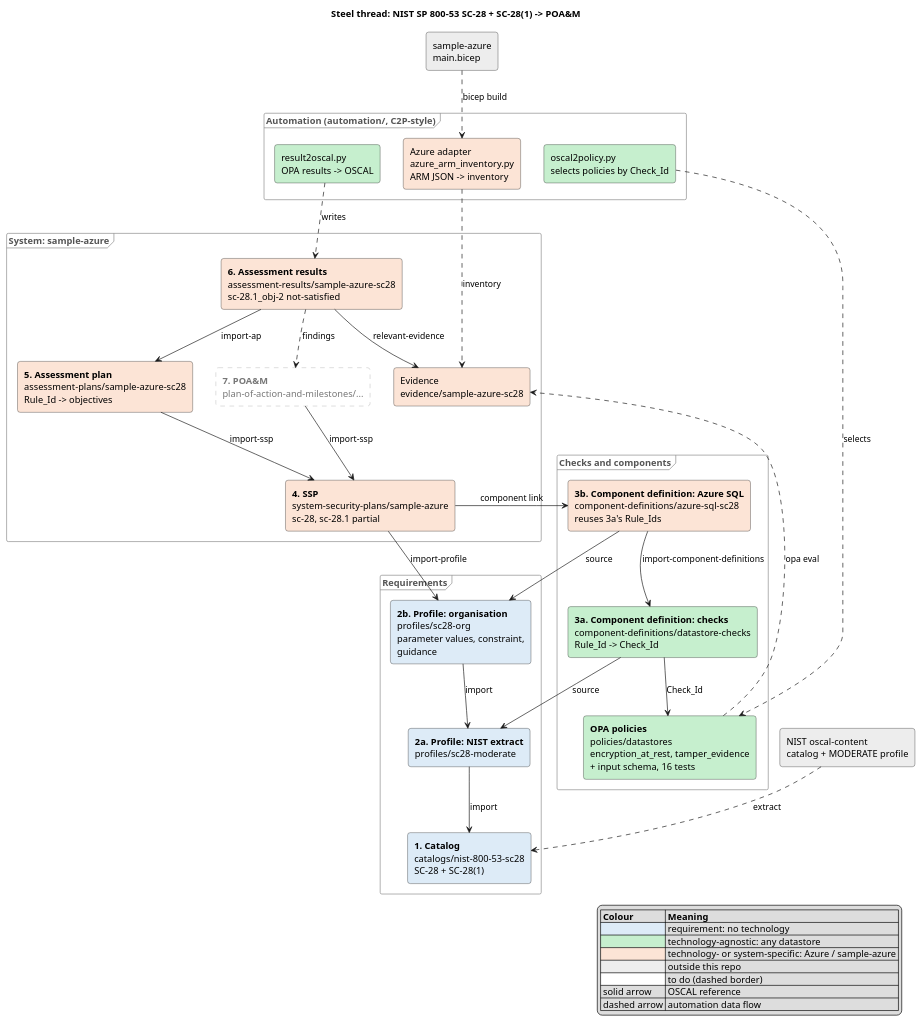
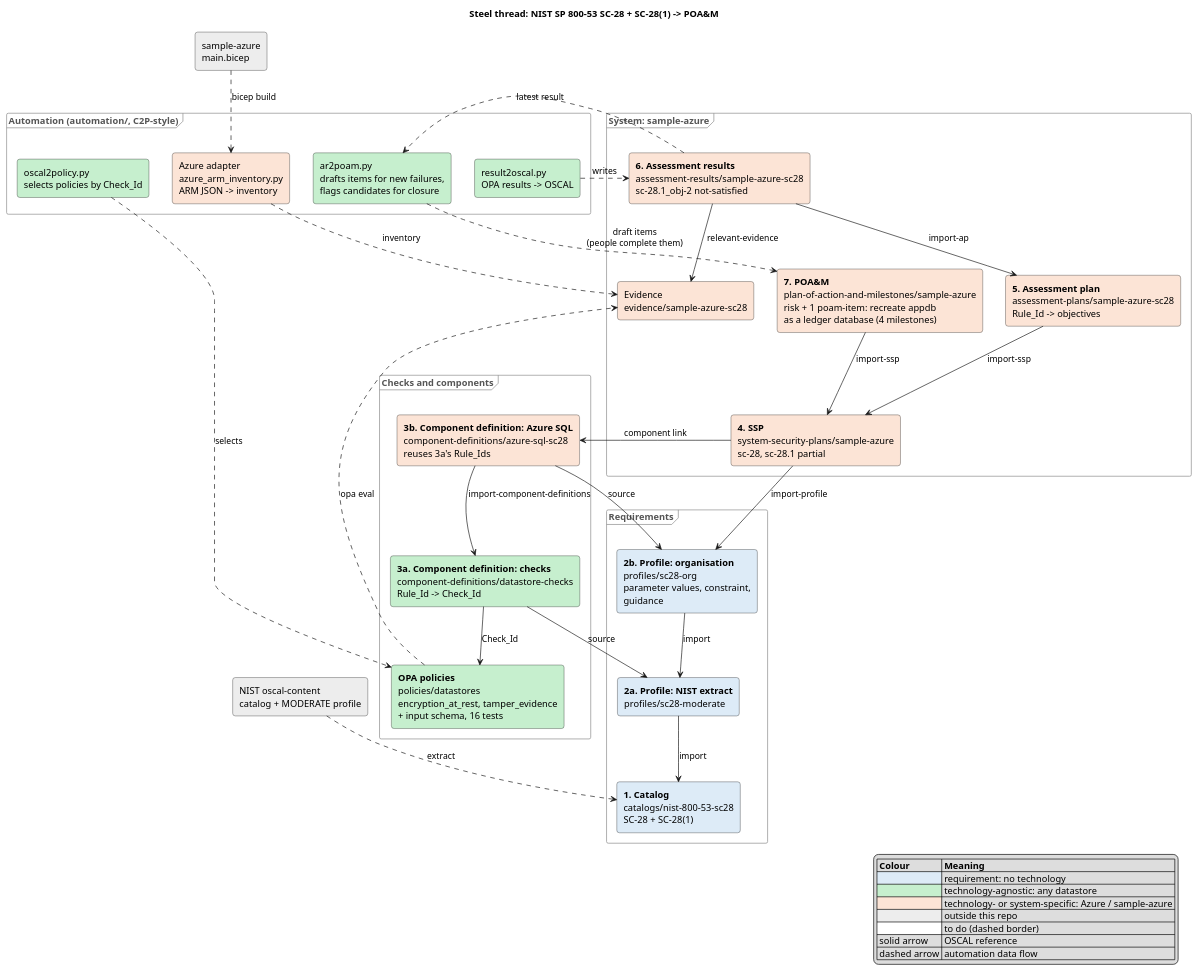
The diagram in diagrams/steel-thread.puml (wolffy-au/frictionless-sample-oscal), drawn with PlantUML before and after one commit. The commit also changed 3 other files, not shown here.

First line of the commit message:
Add ar2poam.py: keep the POA&M in step with assessment results

```diff
--- a/diagrams/steel-thread.puml
+++ b/diagrams/steel-thread.puml
@@ -1,88 +1,90 @@
 @startuml steel-thread
 ' Overview of the SC-28 / SC-28(1) steel thread.
 ' Fill colour = how technology-specific a box is; frames = role.
 ' Solid arrows are OSCAL references (the field named on the arrow);
 ' dashed arrows are automation data flow.
 ' Boxes not implemented yet use <<todo>> (white, grey dashed border).
 ' Commit status is not shown: see git.
 title Steel thread: NIST SP 800-53 SC-28 + SC-28(1) -> POA&M
 hide stereotype
 skinparam rectangle {
   RoundCorner 8
   BackgroundColor<<requirement>> #DDEBF7
   BackgroundColor<<agnostic>> #C6EFCE
   BackgroundColor<<specific>> #FCE4D6
   BackgroundColor<<external>> #EDEDED
   BackgroundColor<<todo>> #FFFFFF
   BorderColor<<todo>> #999999
   BorderStyle<<todo>> dashed
   FontColor<<todo>> #777777
 }
 skinparam frame {
   BorderColor #888888
   FontColor #555555
 }
 
 legend right
   |= Colour |= Meaning |
   |<#DDEBF7>| requirement: no technology |
   |<#C6EFCE>| technology-agnostic: any datastore |
   |<#FCE4D6>| technology- or system-specific: Azure / sample-azure |
   |<#EDEDED>| outside this repo |
   |<#FFFFFF>| to do (dashed border) |
   | solid arrow | OSCAL reference |
   | dashed arrow | automation data flow |
 endlegend
 
 frame "Requirements" {
   rectangle "**1. Catalog**\ncatalogs/nist-800-53-sc28\nSC-28 + SC-28(1)" as cat <<requirement>>
   rectangle "**2a. Profile: NIST extract**\nprofiles/sc28-moderate" as prof <<requirement>>
   rectangle "**2b. Profile: organisation**\nprofiles/sc28-org\nparameter values, constraint,\nguidance" as org <<requirement>>
 }
 
 frame "Checks and components" {
   rectangle "**3a. Component definition: checks**\ncomponent-definitions/datastore-checks\nRule_Id -> Check_Id" as cdx <<agnostic>>
   rectangle "**OPA policies**\npolicies/datastores\nencryption_at_rest, tamper_evidence\n+ input schema, 16 tests" as opa <<agnostic>>
   rectangle "**3b. Component definition: Azure SQL**\ncomponent-definitions/azure-sql-sc28\nreuses 3a's Rule_Ids" as cd <<specific>>
 }
 
 frame "System: sample-azure" {
   rectangle "**4. SSP**\nsystem-security-plans/sample-azure\nsc-28, sc-28.1 partial" as ssp <<specific>>
   rectangle "**5. Assessment plan**\nassessment-plans/sample-azure-sc28\nRule_Id -> objectives" as ap <<specific>>
   rectangle "**6. Assessment results**\nassessment-results/sample-azure-sc28\nsc-28.1_obj-2 not-satisfied" as ar <<specific>>
-  rectangle "**7. POA&M**\nplan-of-action-and-milestones/..." as poam <<todo>>
+  rectangle "**7. POA&M**\nplan-of-action-and-milestones/sample-azure\nrisk + 1 poam-item: recreate appdb\nas a ledger database (4 milestones)" as poam <<specific>>
   rectangle "Evidence\nevidence/sample-azure-sc28" as ev <<specific>>
 }
 
 frame "Automation (automation/, C2P-style)" {
   rectangle "Azure adapter\nazure_arm_inventory.py\nARM JSON -> inventory" as adapter <<specific>>
   rectangle "oscal2policy.py\nselects policies by Check_Id" as o2p <<agnostic>>
   rectangle "result2oscal.py\nOPA results -> OSCAL" as conv <<agnostic>>
+  rectangle "ar2poam.py\ndrafts items for new failures,\nflags candidates for closure" as a2p <<agnostic>>
 }
 
 rectangle "NIST oscal-content\ncatalog + MODERATE profile" as nist <<external>>
 rectangle "sample-azure\nmain.bicep" as bicep <<external>>
 
 ' ---- OSCAL references ----
 nist ..> cat : extract
 prof --> cat : import
 org --> prof : import
 cdx --> prof : source
 cd --> org : source
 cd --> cdx : import-component-definitions
 ssp --> org : import-profile
 ssp --> cd : component link
 ap --> ssp : import-ssp
 ar --> ap : import-ap
 ar --> ev : relevant-evidence
 poam --> ssp : import-ssp
 cdx --> opa : Check_Id
 
 ' ---- automation data flow ----
 bicep ..> adapter : bicep build
 adapter ..> ev : inventory
 o2p ..> opa : selects
 opa ..> ev : opa eval
 conv ..> ar : writes
-ar ..> poam : findings
+ar ..> a2p : latest result
+a2p ..> poam : draft items\n(people complete them)
 @enduml
```
